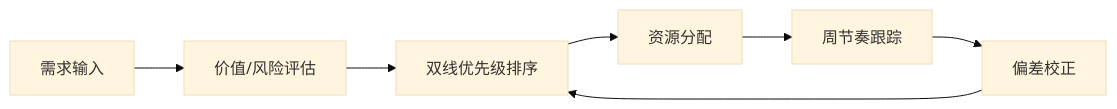
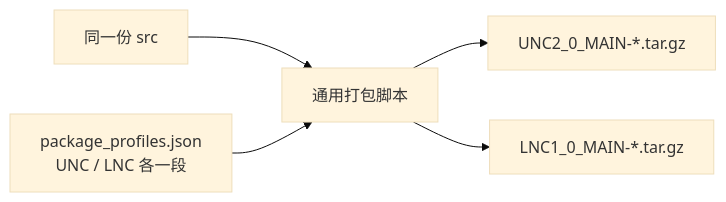
One commit to a869320750/MyHtmlResume changed the third of 3 diagrams in data/projects/low-altitude/05-lnc-unc-dual-lines/project-doc.md. Above: the diagram before and after it, drawn with Mermaid (base theme). The commit also changed other lines of this file and 10 other files, not shown here.

````diff
--- a/data/projects/low-altitude/05-lnc-unc-dual-lines/project-doc.md
+++ b/data/projects/low-altitude/05-lnc-unc-dual-lines/project-doc.md
@@ -35,9 +92,7 @@
 ```mermaid
 flowchart LR
-    A[需求输入] --> B[价值/风险评估]
-    B --> C[双线优先级排序]
-    C --> D[资源分配]
-    D --> E[周节奏跟踪]
-    E --> F[偏差校正]
-    F --> C
+    SRC[同一份 src] --> P[通用打包脚本]
+    CFG[package_profiles.json<br/>UNC / LNC 各一段] --> P
+    P --> A[UNC2_0_MAIN-*.tar.gz]
+    P --> B[LNC1_0_MAIN-*.tar.gz]
 ```
````
